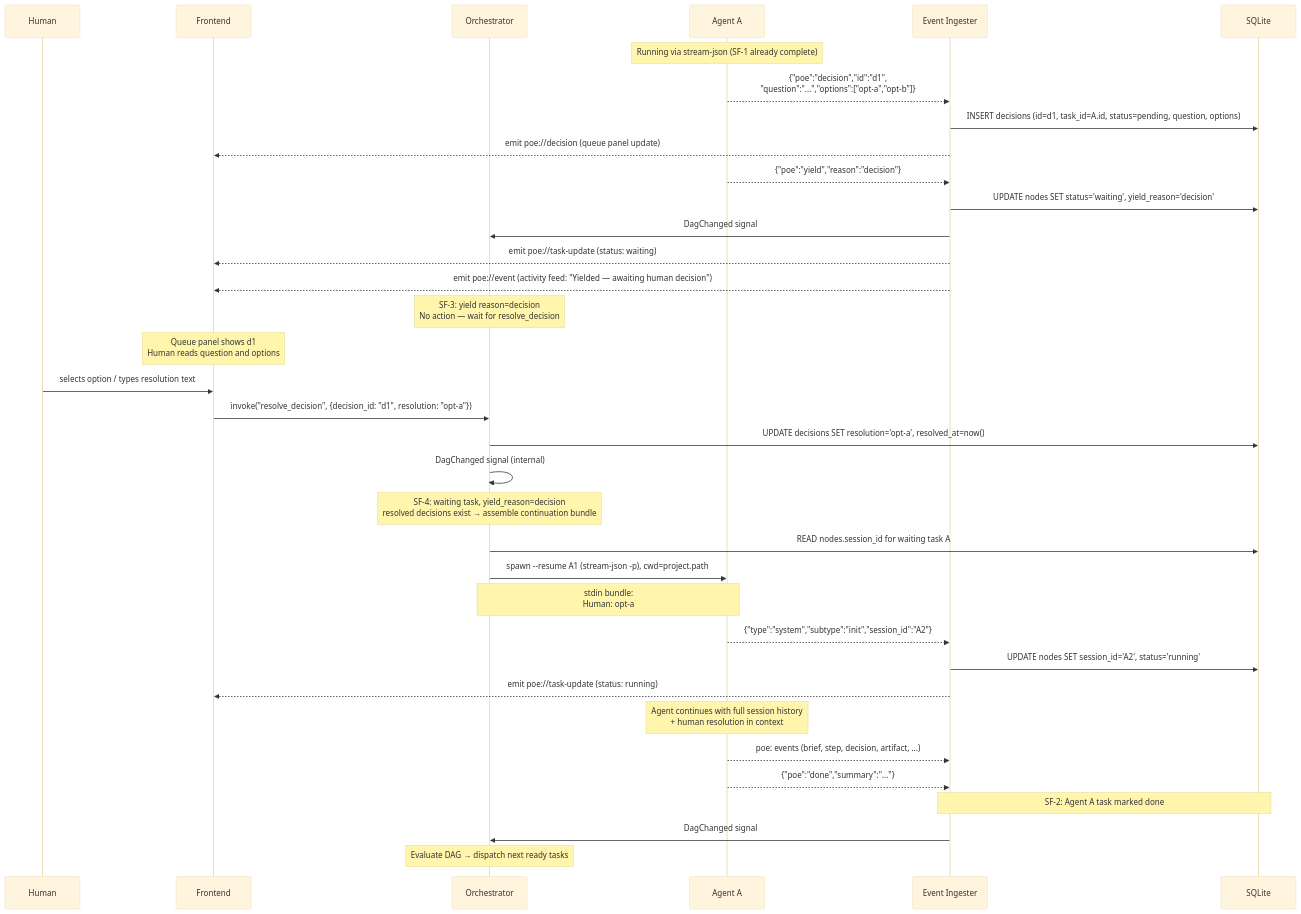
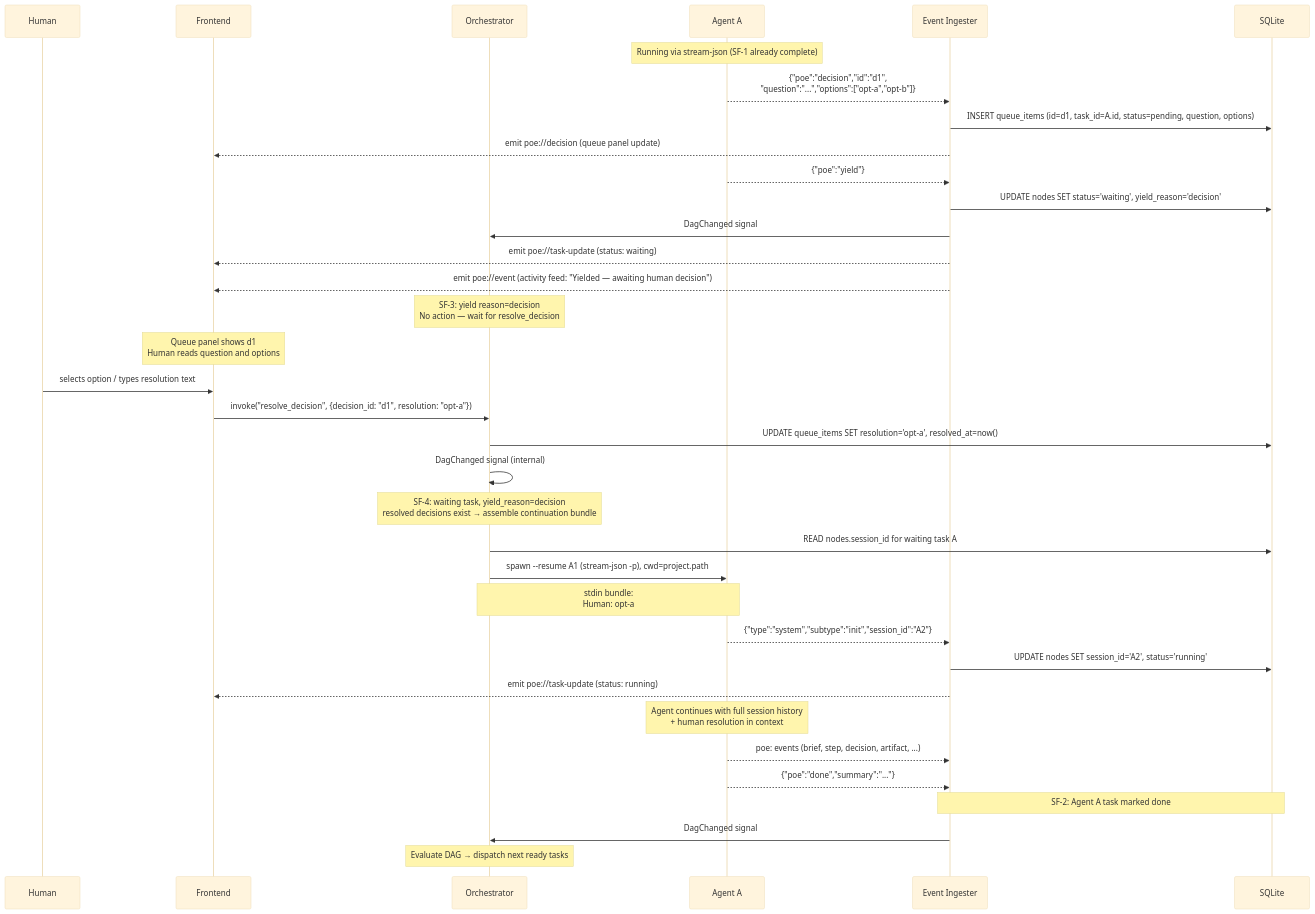
The second of 10 diagrams in doc-POE/Flows.md (grant-traynor/bp6), drawn with Mermaid (base theme) before and after one commit. The commit also changed other lines of this file and 2 other files, not shown here.

Commit message:
docs: fix decisions→queue_items refs, explicit no-reason on poe:yield, UX table names

````diff
--- a/doc-POE/Flows.md
+++ b/doc-POE/Flows.md
@@ -391,49 +391,49 @@
 ```mermaid
 sequenceDiagram
     participant Human as Human
     participant FE as Frontend
     participant Orch as Orchestrator
     participant A as Agent A
     participant Ing as Event Ingester
     participant DB as SQLite
 
     Note over A: Running via stream-json (SF-1 already complete)
 
     A-->>Ing: {"poe":"decision","id":"d1",<br/>"question":"...","options":["opt-a","opt-b"]}
-    Ing->>DB: INSERT decisions (id=d1, task_id=A.id, status=pending, question, options)
+    Ing->>DB: INSERT queue_items (id=d1, task_id=A.id, status=pending, question, options)
     Ing-->>FE: emit poe://decision (queue panel update)
 
-    A-->>Ing: {"poe":"yield","reason":"decision"}
+    A-->>Ing: {"poe":"yield"}
     Ing->>DB: UPDATE nodes SET status='waiting', yield_reason='decision'
     Ing->>Orch: DagChanged signal
     Ing-->>FE: emit poe://task-update (status: waiting)
     Ing-->>FE: emit poe://event (activity feed: "Yielded — awaiting human decision")
 
     Note over Orch: SF-3: yield reason=decision<br/>No action — wait for resolve_decision
 
     Note over FE: Queue panel shows d1<br/>Human reads question and options
 
     Human->>FE: selects option / types resolution text
     FE->>Orch: invoke("resolve_decision", {decision_id: "d1", resolution: "opt-a"})
 
-    Orch->>DB: UPDATE decisions SET resolution='opt-a', resolved_at=now()
+    Orch->>DB: UPDATE queue_items SET resolution='opt-a', resolved_at=now()
     Orch->>Orch: DagChanged signal (internal)
 
     Note over Orch: SF-4: waiting task, yield_reason=decision<br/>resolved decisions exist → assemble continuation bundle
 
     Orch->>DB: READ nodes.session_id for waiting task A
     Orch->>A: spawn --resume A1 (stream-json -p), cwd=project.path
     Note over Orch,A: stdin bundle:<br/>Human: opt-a
 
     A-->>Ing: {"type":"system","subtype":"init","session_id":"A2"}
     Ing->>DB: UPDATE nodes SET session_id='A2', status='running'
     Ing-->>FE: emit poe://task-update (status: running)
 
     Note over A: Agent continues with full session history<br/>+ human resolution in context
 
     A-->>Ing: poe: events (brief, step, decision, artifact, ...)
     A-->>Ing: {"poe":"done","summary":"..."}
     Note over Ing,DB: SF-2: Agent A task marked done
     Ing->>Orch: DagChanged signal
     Note over Orch: Evaluate DAG → dispatch next ready tasks
 ```
````
